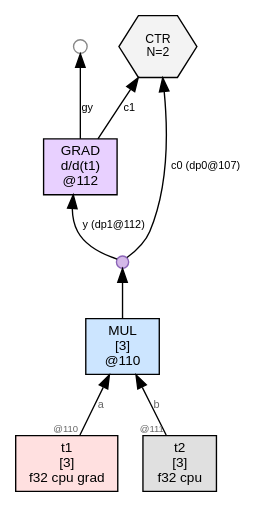
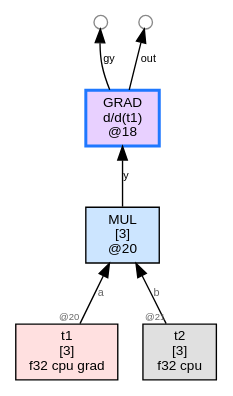
The diagram in wl/examples/thvm_graphs/grad_rules/mul/thvm_0_pre_reduce.dot (sw1sh/TinyHVM), drawn with Graphviz before and after one commit. The commit also changed 309 other files, not shown here.

First line of the commit message:
grad: GRAD_MODE_PAIR emits CTR{forward, backward}; step trace skips FUSE

```diff
--- a/wl/examples/thvm_graphs/grad_rules/mul/thvm_0_pre_reduce.dot
+++ b/wl/examples/thvm_graphs/grad_rules/mul/thvm_0_pre_reduce.dot
@@ -1,20 +1,17 @@
 digraph G {
   rankdir=BT;
   node [fontname="Helvetica", fontsize=10, style=filled, shape=box, margin="0.1,0.05"];
   edge [fontsize=8, fontname="Helvetica"];
 
-  n112 [label="GRAD\nd/d(t1)\n@112", shape=box, fillcolor="#e8d0ff"];
-  dup109 [label="", shape=circle, width=0.12, height=0.12, fixedsize=true, fillcolor="#d4b8e8", color="#8a63b7", fontsize=1];
-  n110 -> dup109;
-  dup109 -> n112 [label="y (dp1@112)"];
-  free112_1 [label="",shape=circle,width=0.14,height=0.14,fixedsize=true,fillcolor="#ffffff",color="#888888",fontsize=1];
-  n112 -> free112_1 [label="gy"];
-  n110 [label="MUL\n[3]\n@110", shape=box, fillcolor="#cce5ff"];
+  n20 [label="MUL\n[3]\n@20", shape=box, fillcolor="#cce5ff"];
   t1 [label="t1\n[3]\nf32 cpu grad",shape=box,fillcolor="#ffe0e0"];
-  t1 -> n110 [label="a",taillabel="@110",labelfontsize=7,fontcolor="#666666"];
+  t1 -> n20 [label="a",taillabel="@20",labelfontsize=7,fontcolor="#666666"];
   t2 [label="t2\n[3]\nf32 cpu",shape=box,fillcolor="#e0e0e0"];
-  t2 -> n110 [label="b",taillabel="@111",labelfontsize=7,fontcolor="#666666"];
-  ctr107 [label="CTR\nN=2", shape=hexagon, fillcolor="#f3f3f3", fontsize=9];
-  dup109 -> ctr107 [label="c0 (dp0@107)"];
-  n112 -> ctr107 [label="c1"];
+  t2 -> n20 [label="b",taillabel="@21",labelfontsize=7,fontcolor="#666666"];
+  n18 [label="GRAD\nd/d(t1)\n@18", shape=box, fillcolor="#e8d0ff",color="#1f78ff",penwidth=2.2];
+  n20 -> n18 [label="y"];
+  free18_1 [label="",shape=circle,width=0.14,height=0.14,fixedsize=true,fillcolor="#ffffff",color="#888888",fontsize=1];
+  n18 -> free18_1 [label="gy"];
+  free18_1000 [label="",shape=circle,width=0.14,height=0.14,fixedsize=true,fillcolor="#ffffff",color="#888888",fontsize=1];
+  n18 -> free18_1000 [label="out"];
 }
```
